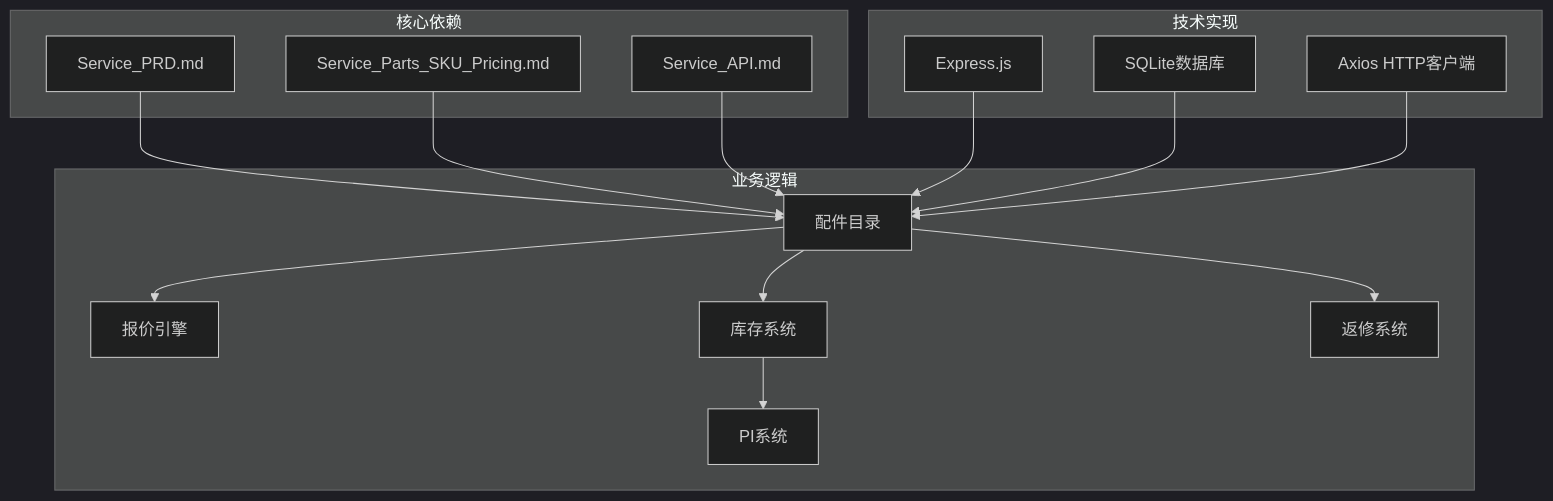
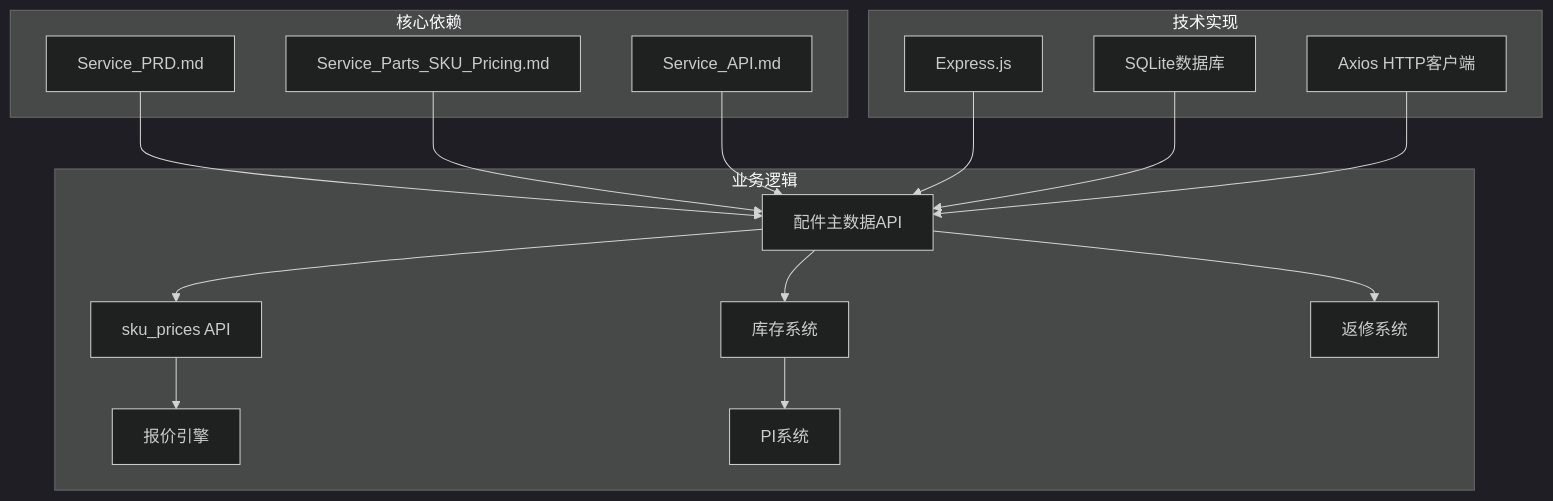
Diagram 11 of 12 in .qoder/repowiki/zh/content/数据库设计/服务配件SKU定价.md (CubeEdge/Longhorn), drawn with Mermaid (dark theme) before and after one commit. The commit also changed other lines of this file and 53 other files, not shown here.

````diff
--- a/.qoder/repowiki/zh/content/数据库设计/服务配件SKU定价.md
+++ b/.qoder/repowiki/zh/content/数据库设计/服务配件SKU定价.md
@@ -426,30 +496,32 @@
 ```mermaid
 graph TB
 subgraph "核心依赖"
 PRD[Service_PRD.md]
 PricingDoc[Service_Parts_SKU_Pricing.md]
 API[Service_API.md]
 end
 subgraph "技术实现"
 Express[Express.js]
 SQLite[SQLite数据库]
 Axios[Axios HTTP客户端]
 end
 subgraph "业务逻辑"
-PartsCatalog[配件目录]
+PartsMasterAPI[配件主数据API]
+SKUPricesAPI[sku_prices API]
 QuotationEngine[报价引擎]
 InventorySystem[库存系统]
 RepairSystem[返修系统]
 ProformaSystem[PI系统]
 end
-PRD --> PartsCatalog
-PricingDoc --> PartsCatalog
-API --> PartsCatalog
-Express --> PartsCatalog
-SQLite --> PartsCatalog
-PartsCatalog --> QuotationEngine
-PartsCatalog --> InventorySystem
-PartsCatalog --> RepairSystem
+PRD --> PartsMasterAPI
+PricingDoc --> PartsMasterAPI
+API --> PartsMasterAPI
+Express --> PartsMasterAPI
+SQLite --> PartsMasterAPI
+PartsMasterAPI --> SKUPricesAPI
+SKUPricesAPI --> QuotationEngine
+PartsMasterAPI --> InventorySystem
+PartsMasterAPI --> RepairSystem
 InventorySystem --> ProformaSystem
-Axios --> PartsCatalog
+Axios --> PartsMasterAPI
 ```
````
